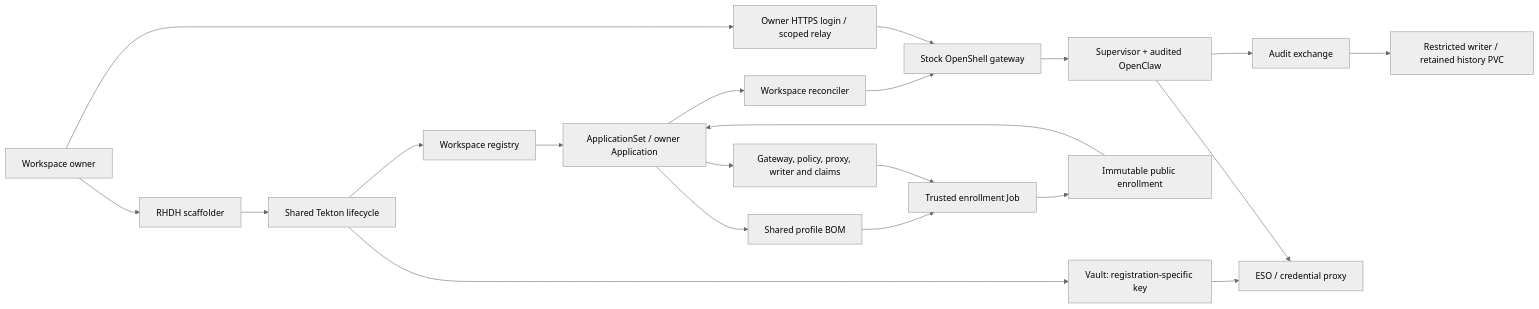
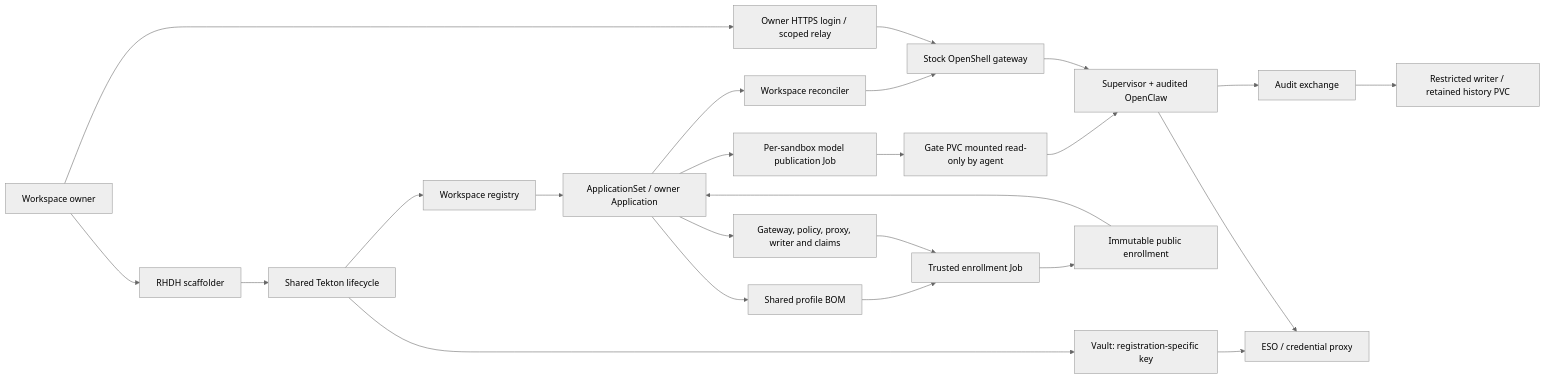
One commit to pmatouse/secure-agent-workspace changed the diagram in charts/saw-portal-container/README.md. Above: the diagram before and after it, drawn with Mermaid (neutral theme). The commit also changed other lines of this file and 2 other files, not shown here.

Commit message:
Verify model completions against the stock agent transcript and document the owner test

````diff
--- a/charts/saw-portal-container/README.md
+++ b/charts/saw-portal-container/README.md
@@ -24,23 +24,26 @@
 ```mermaid
 flowchart LR
   O[Workspace owner] --> R[RHDH scaffolder]
   R --> T[Shared Tekton lifecycle]
   T --> V[Vault: registration-specific key]
   T --> W[Workspace registry]
   W --> A[ApplicationSet / owner Application]
   A --> B[Shared profile BOM]
   A --> F[Gateway, policy, proxy, writer and claims]
   B --> E[Trusted enrollment Job]
   F --> E
   E --> P[Immutable public enrollment]
   P --> A
+  A --> J[Per-sandbox model publication Job]
+  J --> M[Gate PVC mounted read-only by agent]
+  M --> S
   A --> C[Workspace reconciler]
   C --> G[Stock OpenShell gateway]
   G --> S[Supervisor + audited OpenClaw]
   O --> L[Owner HTTPS login / scoped relay]
   L --> G
   S --> X[Audit exchange]
   X --> H[Restricted writer / retained history PVC]
   V --> Z[ESO / credential proxy]
   S --> Z
 ```
````
